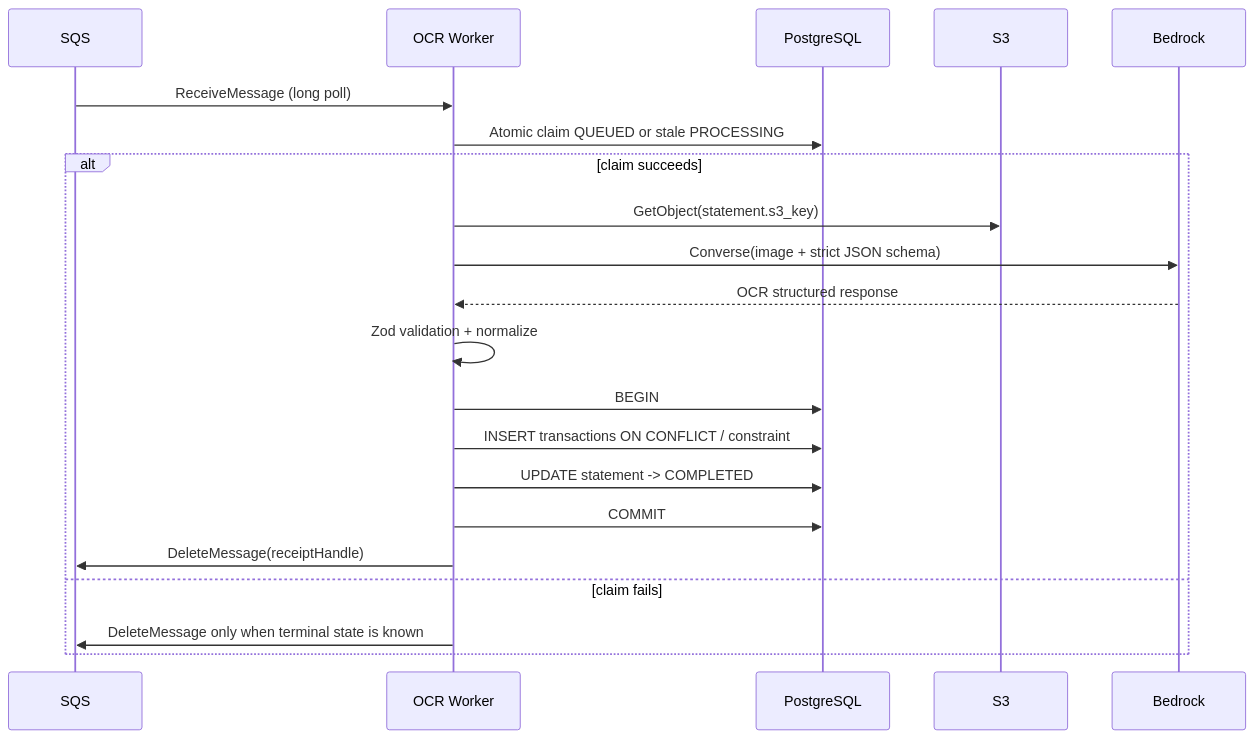
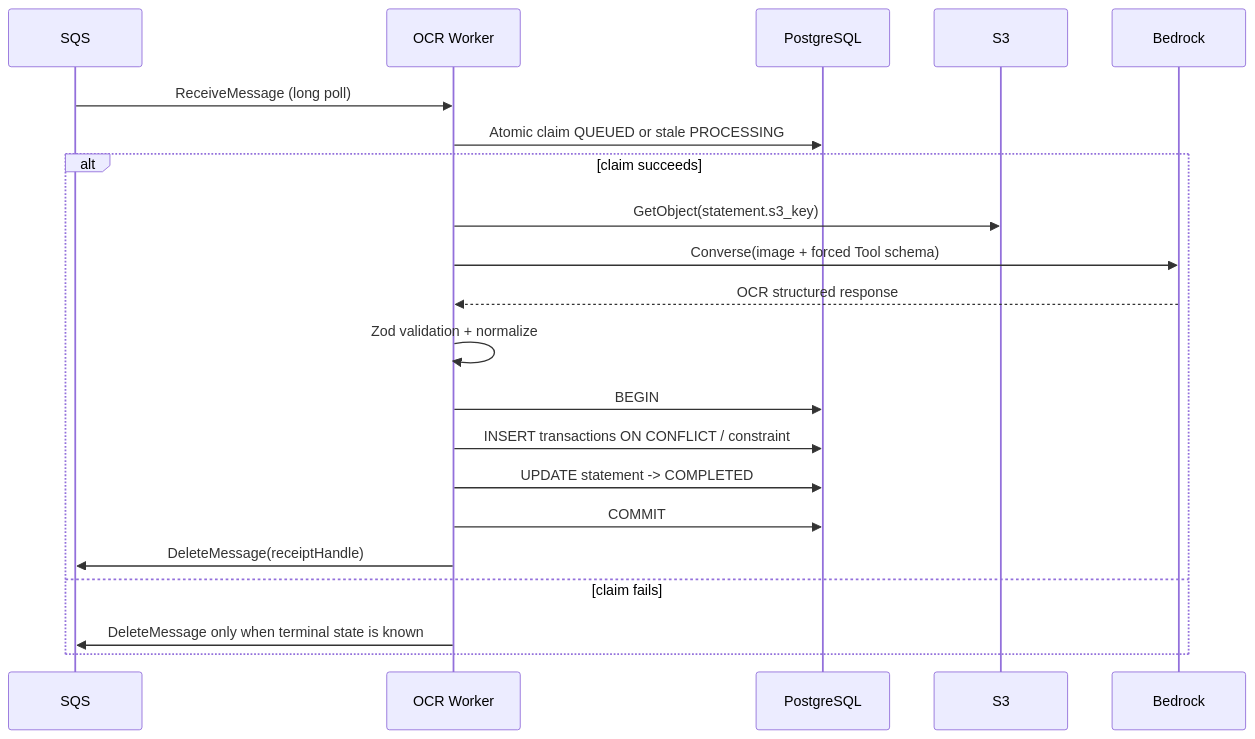
The third of 5 diagrams in ARCHITECTURE.md (tiri641/ai-statement-analyzer), drawn with Mermaid before and after one commit. The commit also changed other lines of this file and 19 other files, not shown here.

````diff
--- a/ARCHITECTURE.md
+++ b/ARCHITECTURE.md
@@ -78,24 +78,24 @@
 ```mermaid
 sequenceDiagram
     participant Q as SQS
     participant W as OCR Worker
     participant DB as PostgreSQL
     participant S3 as S3
     participant B as Bedrock
 
     Q->>W: ReceiveMessage (long poll)
     W->>DB: Atomic claim QUEUED or stale PROCESSING
     alt claim succeeds
         W->>S3: GetObject(statement.s3_key)
-        W->>B: Converse(image + strict JSON schema)
+        W->>B: Converse(image + forced Tool schema)
         B-->>W: OCR structured response
         W->>W: Zod validation + normalize
         W->>DB: BEGIN
         W->>DB: INSERT transactions ON CONFLICT / constraint
         W->>DB: UPDATE statement -> COMPLETED
         W->>DB: COMMIT
         W->>Q: DeleteMessage(receiptHandle)
     else claim fails
         W->>Q: DeleteMessage only when terminal state is known
     end
 ```
````
